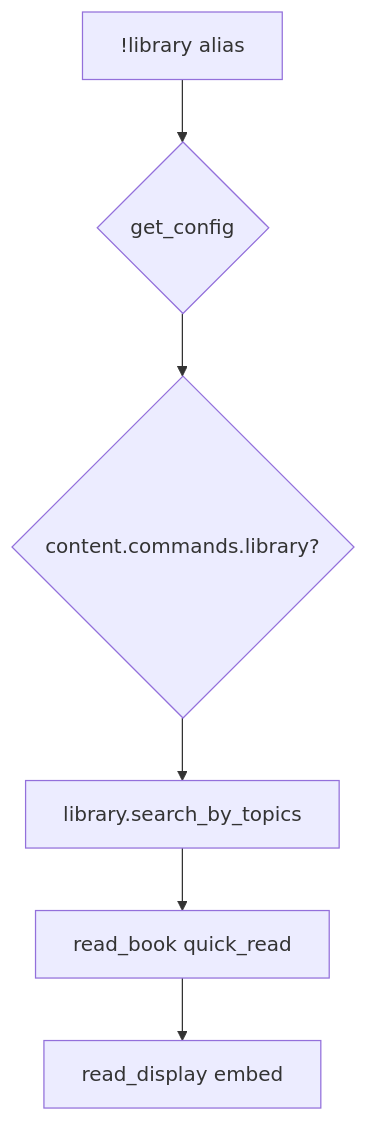
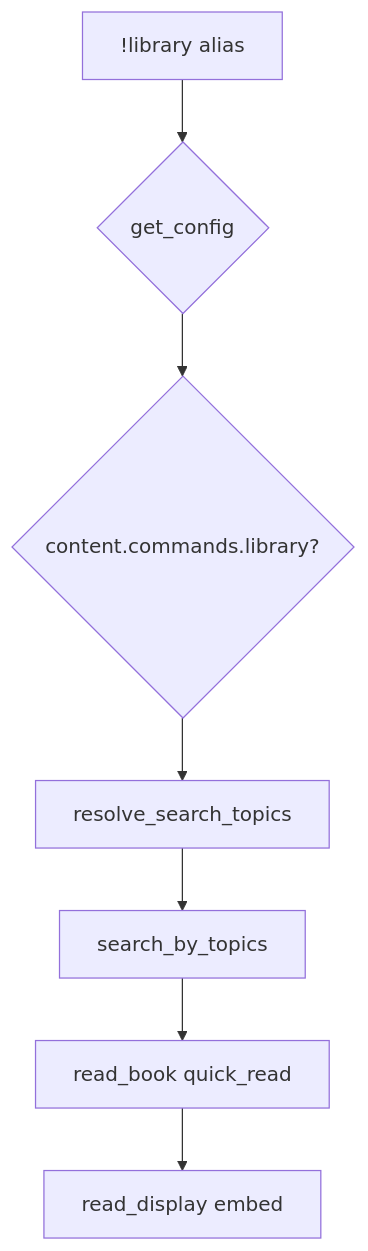
One commit to Sykander/westmarch-generic changed the diagram in docs/internal/projects/westmarch-statement/aliases/content/library.md. Above: the diagram before and after it, drawn with Mermaid. The commit also changed other lines of this file and 64 other files, not shown here.

````diff
--- a/docs/internal/projects/westmarch-statement/aliases/content/library.md
+++ b/docs/internal/projects/westmarch-statement/aliases/content/library.md
@@ -41,8 +63,9 @@
 ```mermaid
 flowchart TD
   A[!library alias] --> B{get_config}
   B --> C{content.commands.library?}
-  C --> D[library.search_by_topics]
-  D --> E[read_book quick_read]
-  E --> F[read_display embed]
+  C --> D[resolve_search_topics]
+  D --> E[search_by_topics]
+  E --> F[read_book quick_read]
+  F --> G[read_display embed]
 ```
````
